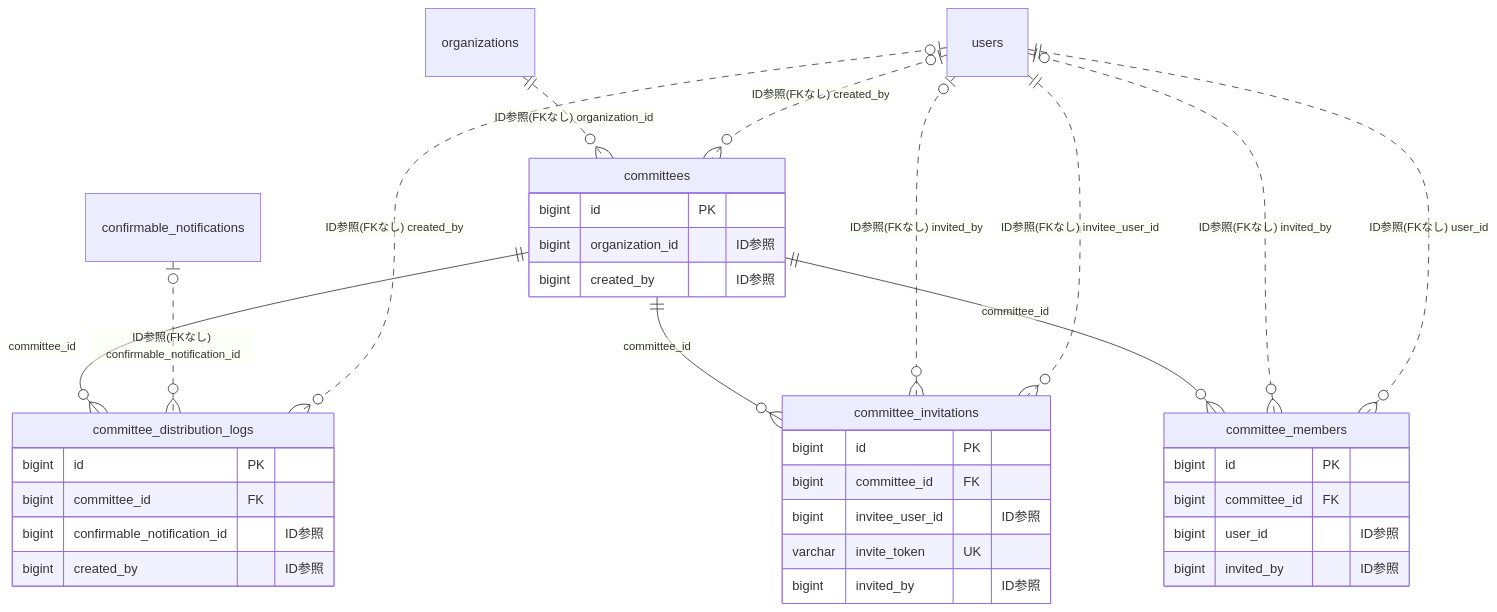
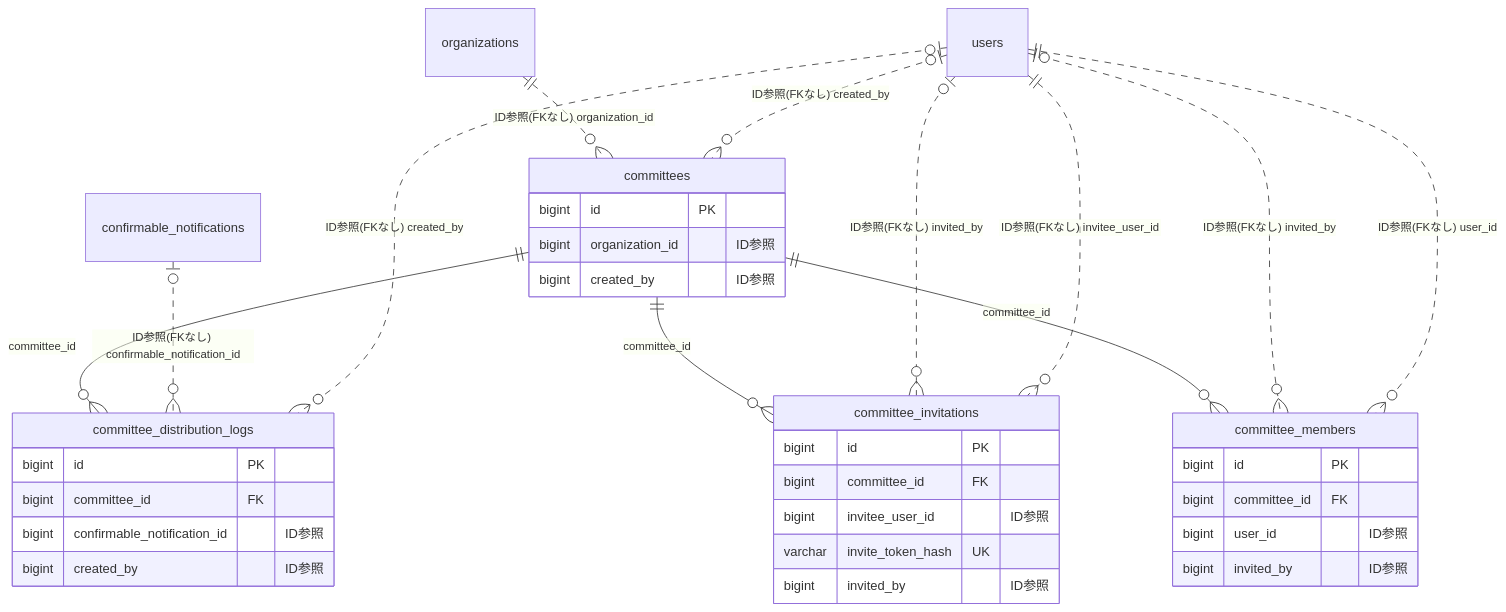
The diagram in docs/architecture/er/committee.md (Mannschaft2026/mannschaft), drawn with Mermaid before and after one commit. The commit also changed other lines of this file and 14 other files, not shown here.

````diff
--- a/docs/architecture/er/committee.md
+++ b/docs/architecture/er/committee.md
@@ -12,41 +12,41 @@
 ```mermaid
 erDiagram
     committee_distribution_logs {
         bigint id PK
         bigint committee_id FK
         bigint confirmable_notification_id "ID参照"
         bigint created_by "ID参照"
     }
     committee_invitations {
         bigint id PK
         bigint committee_id FK
         bigint invitee_user_id "ID参照"
-        varchar invite_token UK
+        varchar invite_token_hash UK
         bigint invited_by "ID参照"
     }
     committee_members {
         bigint id PK
         bigint committee_id FK
         bigint user_id "ID参照"
         bigint invited_by "ID参照"
     }
     committees {
         bigint id PK
         bigint organization_id "ID参照"
         bigint created_by "ID参照"
     }
     confirmable_notifications
     organizations
     users
     committees ||--o{ committee_distribution_logs : "committee_id"
     confirmable_notifications |o..o{ committee_distribution_logs : "ID参照(FKなし) confirmable_notification_id"
     users |o..o{ committee_distribution_logs : "ID参照(FKなし) created_by"
     committees ||--o{ committee_invitations : "committee_id"
     users |o..o{ committee_invitations : "ID参照(FKなし) invited_by"
     users ||..o{ committee_invitations : "ID参照(FKなし) invitee_user_id"
     committees ||--o{ committee_members : "committee_id"
     users |o..o{ committee_members : "ID参照(FKなし) invited_by"
     users ||..o{ committee_members : "ID参照(FKなし) user_id"
     organizations ||..o{ committees : "ID参照(FKなし) organization_id"
     users |o..o{ committees : "ID参照(FKなし) created_by"
 ```
````
